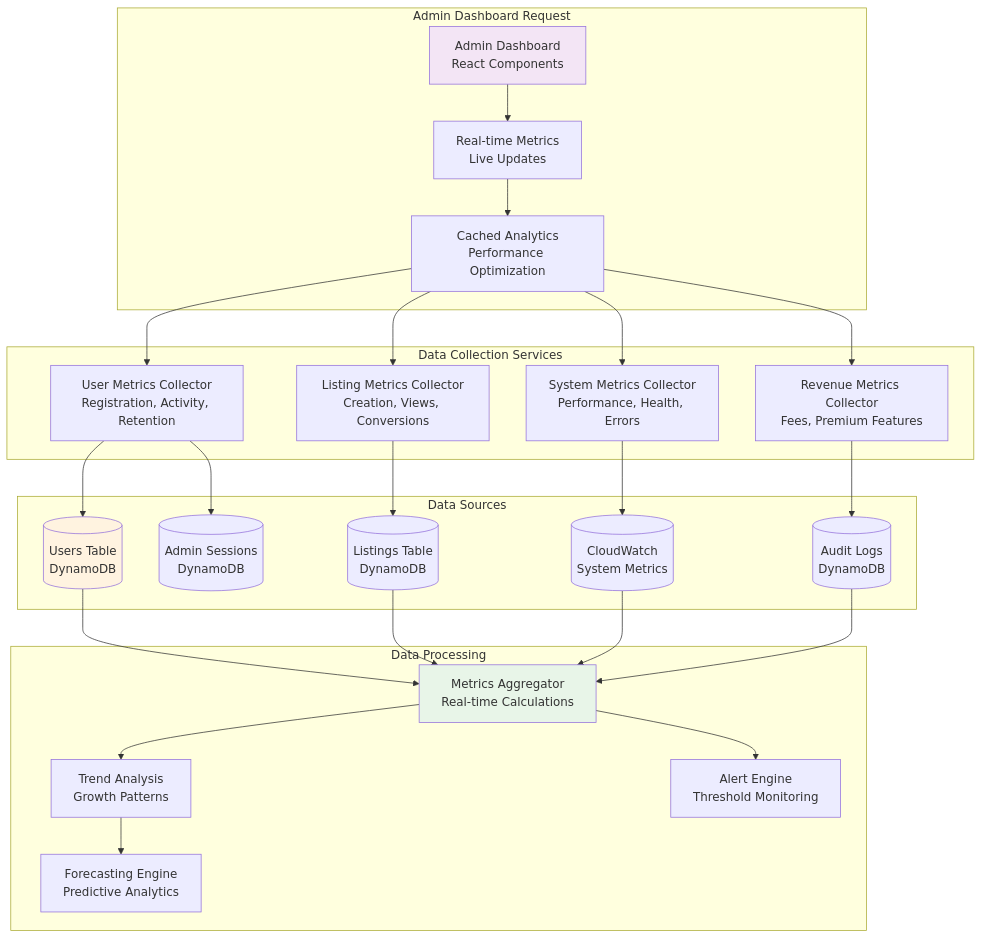
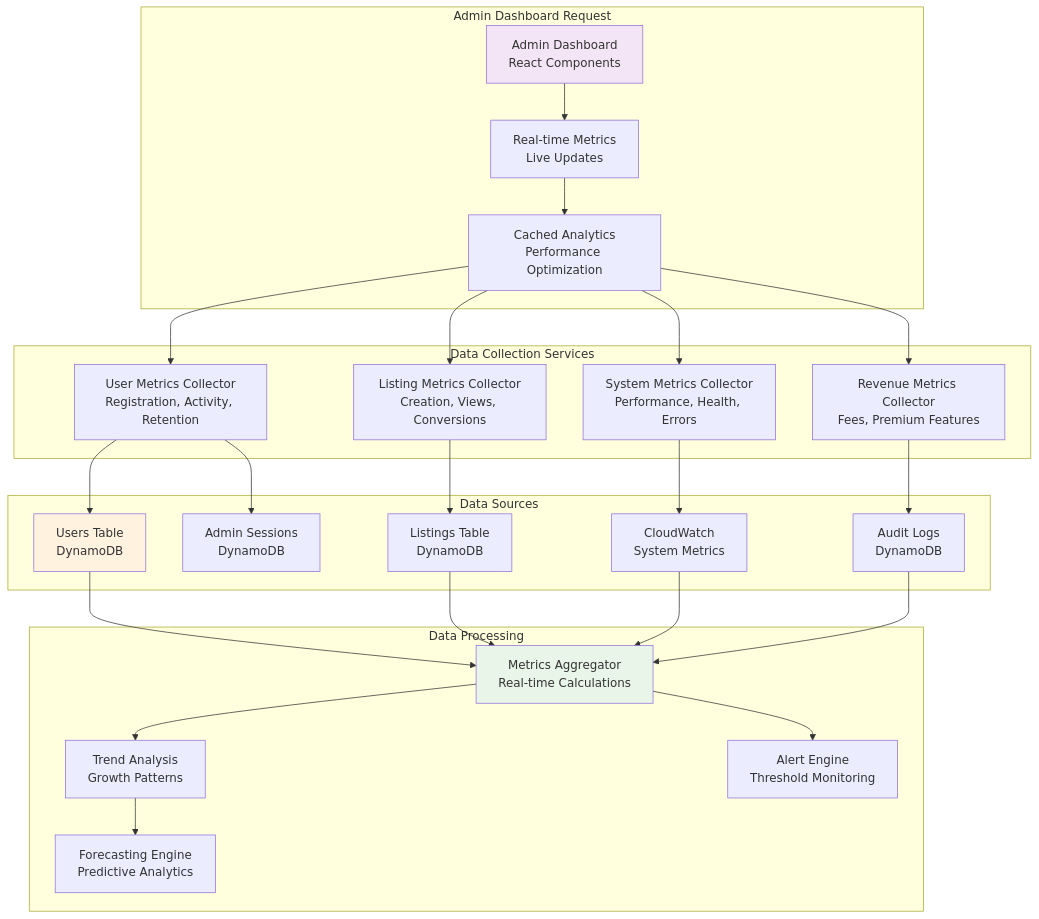
Before and after one commit to felixep/harborlist-marketplace: the seventh of 7 diagrams in docs/architecture/api-architecture.md, drawn with Mermaid. The commit also changed other lines of this file and 3 other files, not shown here.

First line of the commit message:
Fix Mermaid diagram syntax errors

````diff
--- a/docs/architecture/api-architecture.md
+++ b/docs/architecture/api-architecture.md
@@ -353,57 +353,57 @@
 ```mermaid
 graph TB
     subgraph "Admin Dashboard Request"
         AdminUI[Admin Dashboard<br/>React Components]
         RealTimeMetrics[Real-time Metrics<br/>Live Updates]
         CachedData[Cached Analytics<br/>Performance Optimization]
     end
     
     subgraph "Data Collection Services"
         UserMetrics[User Metrics Collector<br/>Registration, Activity, Retention]
         ListingMetrics[Listing Metrics Collector<br/>Creation, Views, Conversions]
         SystemMetrics[System Metrics Collector<br/>Performance, Health, Errors]
         RevenueMetrics[Revenue Metrics Collector<br/>Fees, Premium Features]
     end
     
     subgraph "Data Sources"
-        UsersTable[(Users Table<br/>DynamoDB)]
-        ListingsTable[(Listings Table<br/>DynamoDB)]
-        AuditLogsTable[(Audit Logs<br/>DynamoDB)]
-        SessionsTable[(Admin Sessions<br/>DynamoDB)]
-        CloudWatchMetrics[(CloudWatch<br/>System Metrics)]
+        UsersTable[Users Table<br/>DynamoDB]
+        ListingsTable[Listings Table<br/>DynamoDB]
+        AuditLogsTable[Audit Logs<br/>DynamoDB]
+        SessionsTable[Admin Sessions<br/>DynamoDB]
+        CloudWatchMetrics[CloudWatch<br/>System Metrics]
     end
     
     subgraph "Data Processing"
         Aggregator[Metrics Aggregator<br/>Real-time Calculations]
         TrendAnalysis[Trend Analysis<br/>Growth Patterns]
         Forecasting[Forecasting Engine<br/>Predictive Analytics]
         AlertEngine[Alert Engine<br/>Threshold Monitoring]
     end
     
     AdminUI --> RealTimeMetrics
     RealTimeMetrics --> CachedData
     
     CachedData --> UserMetrics
     CachedData --> ListingMetrics  
     CachedData --> SystemMetrics
     CachedData --> RevenueMetrics
     
     UserMetrics --> UsersTable
     UserMetrics --> SessionsTable
     ListingMetrics --> ListingsTable
     SystemMetrics --> CloudWatchMetrics
     RevenueMetrics --> AuditLogsTable
     
     UsersTable --> Aggregator
     ListingsTable --> Aggregator
     AuditLogsTable --> Aggregator
     CloudWatchMetrics --> Aggregator
     
     Aggregator --> TrendAnalysis
     TrendAnalysis --> Forecasting
     Aggregator --> AlertEngine
     
     style AdminUI fill:#f3e5f5
     style Aggregator fill:#e8f5e8
     style UsersTable fill:#fff3e0
 ```
````
